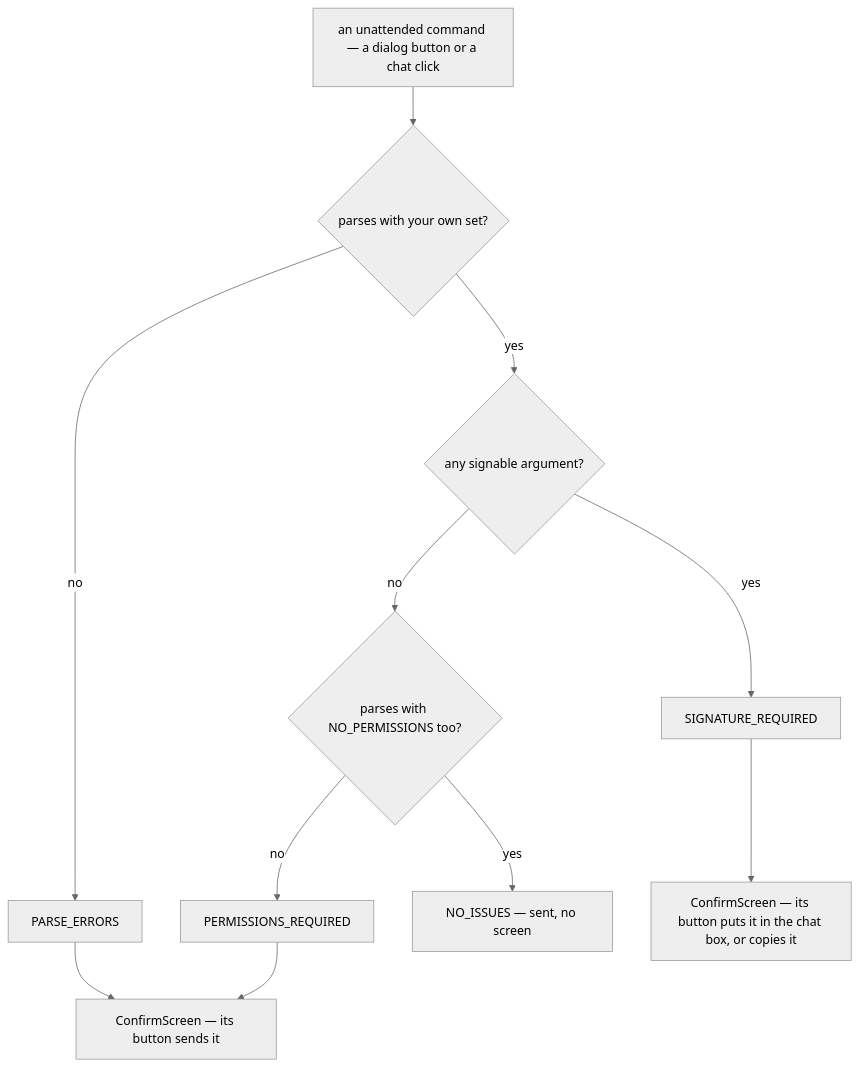
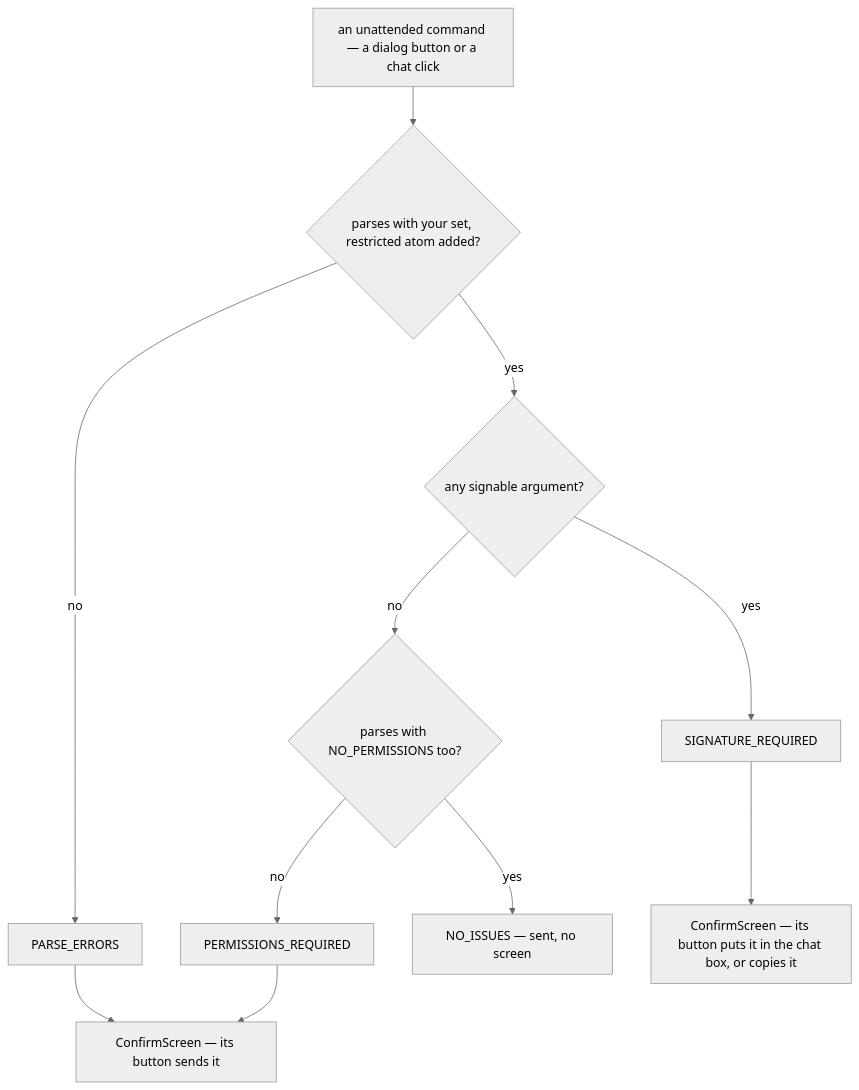
One commit to AlexanderjFraser/MinecraftDocs changed the second of 2 diagrams in src/systems/commands/permissions.md. Above: the diagram before and after it, drawn with Mermaid (neutral theme). The commit also changed other lines of this file and 19 other files, not shown here.

````diff
--- a/src/systems/commands/permissions.md
+++ b/src/systems/commands/permissions.md
@@ -273,14 +243,14 @@
 ```mermaid
 flowchart TD
     IN["an unattended command — a dialog button or a chat click"]
-    IN --> P1{"parses with your own set?"}
+    IN --> P1{"parses with your set, restricted atom added?"}
     P1 -- no --> E1["PARSE_ERRORS"]
     P1 -- yes --> P2{"any signable argument?"}
     P2 -- yes --> E2["SIGNATURE_REQUIRED"]
     P2 -- no --> P3{"parses with NO_PERMISSIONS too?"}
     P3 -- no --> E3["PERMISSIONS_REQUIRED"]
     P3 -- yes --> OK["NO_ISSUES — sent, no screen"]
     E1 --> RUN["ConfirmScreen — its button sends it"]
     E3 --> RUN
     E2 --> SUG["ConfirmScreen — its button puts it in the chat box, or copies it"]
 ```
````
